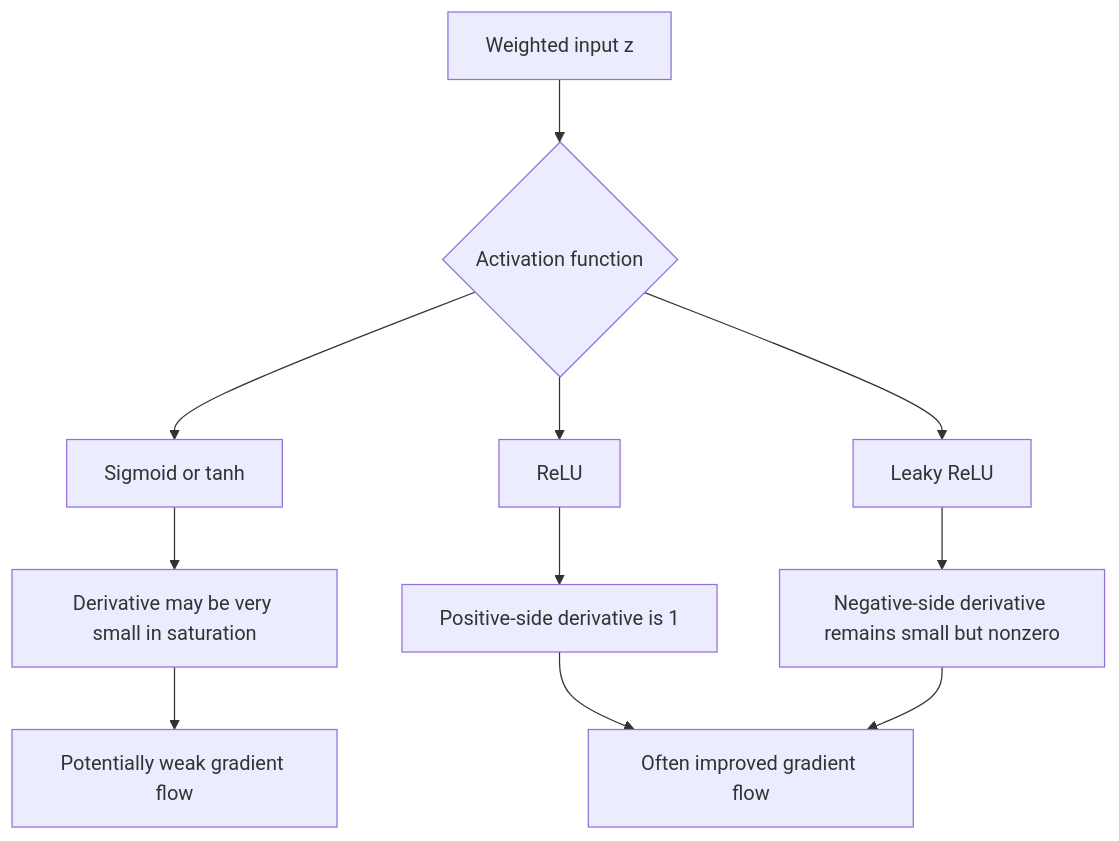
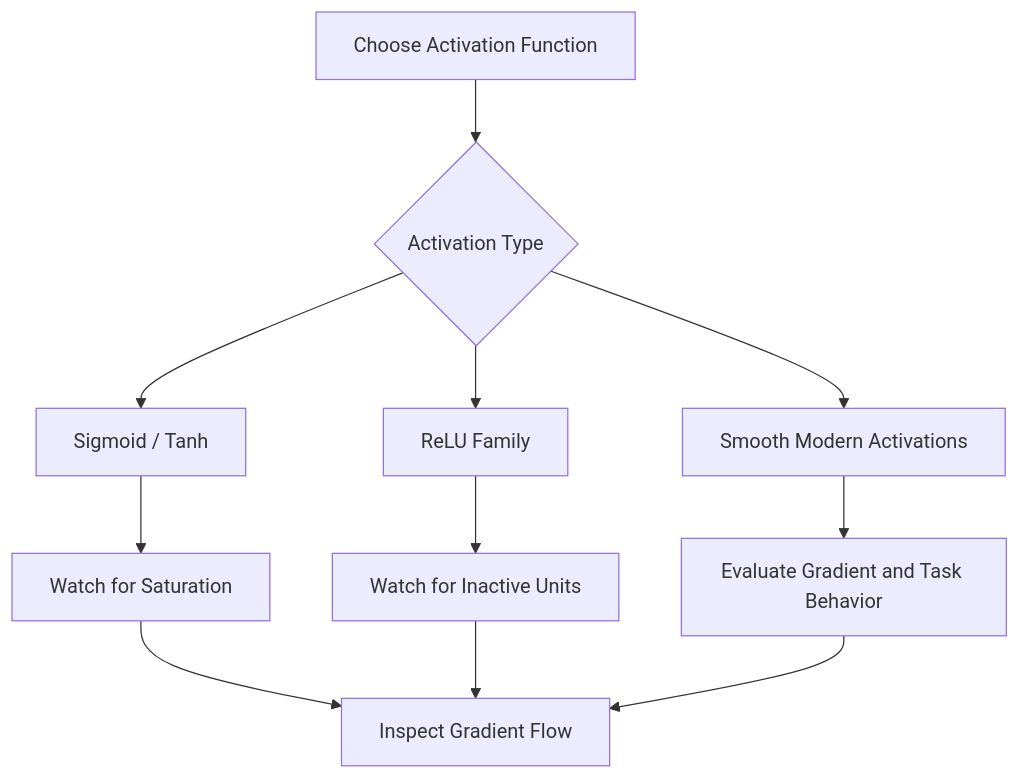
Before and after one commit to swapnil3104/deep-learning-journey: the fourth of 10 diagrams in 07_Vanishing Gradient Problem in ANN/README.md, drawn with Mermaid. The commit also changed other lines of this file and 1 other file, not shown here.

Commit message:
Update 07_Vanishing Gradient Problem in ANN/README.md

````diff
--- a/07_Vanishing Gradient Problem in ANN/README.md
+++ b/07_Vanishing Gradient Problem in ANN/README.md
@@ -628,13 +534,13 @@
 ``` mermaid
 flowchart TD
-    A[Weighted input z] --> B{Activation function}
-    B --> C[Sigmoid or tanh]
-    B --> D[ReLU]
-    B --> E[Leaky ReLU]
-    C --> F[Derivative may be very small in saturation]
-    D --> G[Positive-side derivative is 1]
-    E --> H[Negative-side derivative remains small but nonzero]
-    F --> I[Potentially weak gradient flow]
-    G --> J[Often improved gradient flow]
-    H --> J
+    A["Choose Activation Function"] --> B{"Activation Type"}
+    B --> C["Sigmoid / Tanh"]
+    B --> D["ReLU Family"]
+    B --> E["Smooth Modern Activations"]
+    C --> F["Watch for Saturation"]
+    D --> G["Watch for Inactive Units"]
+    E --> H["Evaluate Gradient and Task Behavior"]
+    F --> I["Inspect Gradient Flow"]
+    G --> I
+    H --> I
 ```
````
